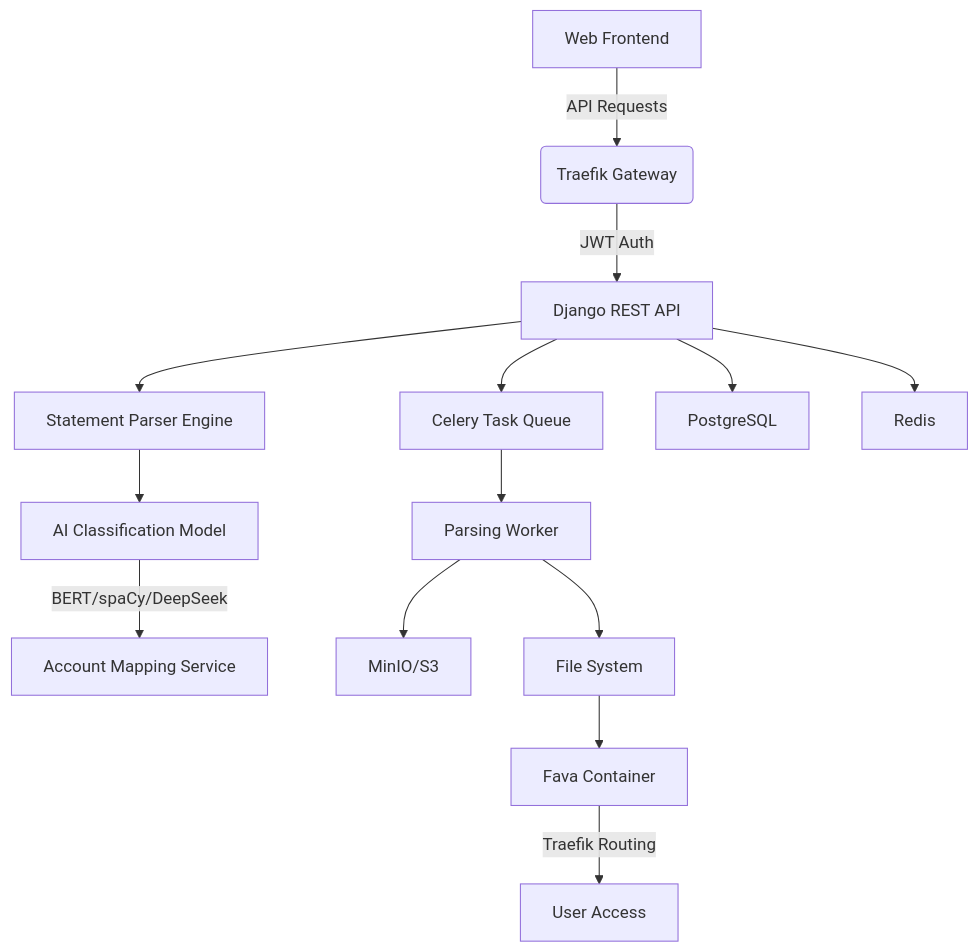
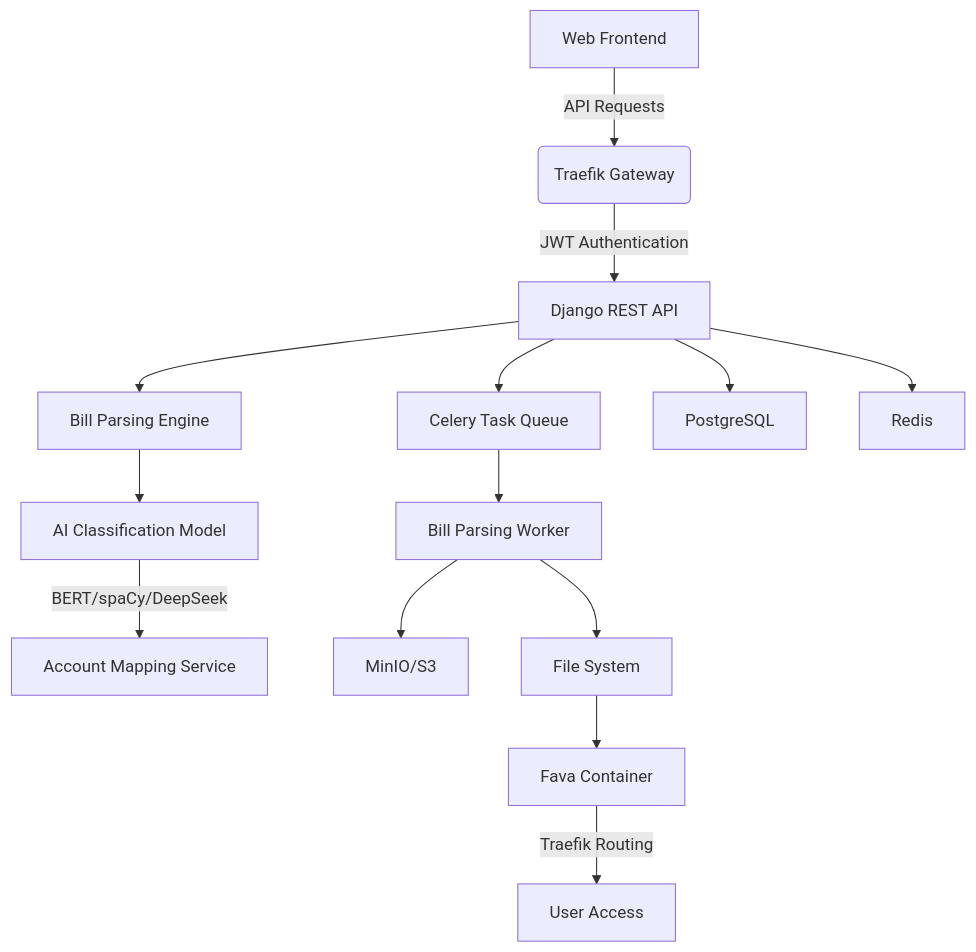
The first of 2 diagrams in README.md (dhr2333/Beancount-Trans), drawn with Mermaid before and after one commit. The commit also changed other lines of this file and 1 other file, not shown here.

````diff
--- a/README.md
+++ b/README.md
@@ -37,16 +38,16 @@
 ```mermaid
 graph TD
     A[Web Frontend] -->|API Requests| B(Traefik Gateway)
-    B -->|JWT Auth| C[Django REST API]
-    C --> D[Statement Parser Engine]
+    B -->|JWT Authentication| C[Django REST API]
+    C --> D[Bill Parsing Engine]
     D --> E[AI Classification Model]
     E -->|BERT/spaCy/DeepSeek| F[Account Mapping Service]
     C --> G[Celery Task Queue]
-    G --> H[Parsing Worker]
+    G --> H[Bill Parsing Worker]
     H --> I[MinIO/S3]
     H --> J[File System]
     J --> K[Fava Container]
     C --> L[PostgreSQL]
     C --> M[Redis]
     K -->|Traefik Routing| N[User Access]
 ```
````
